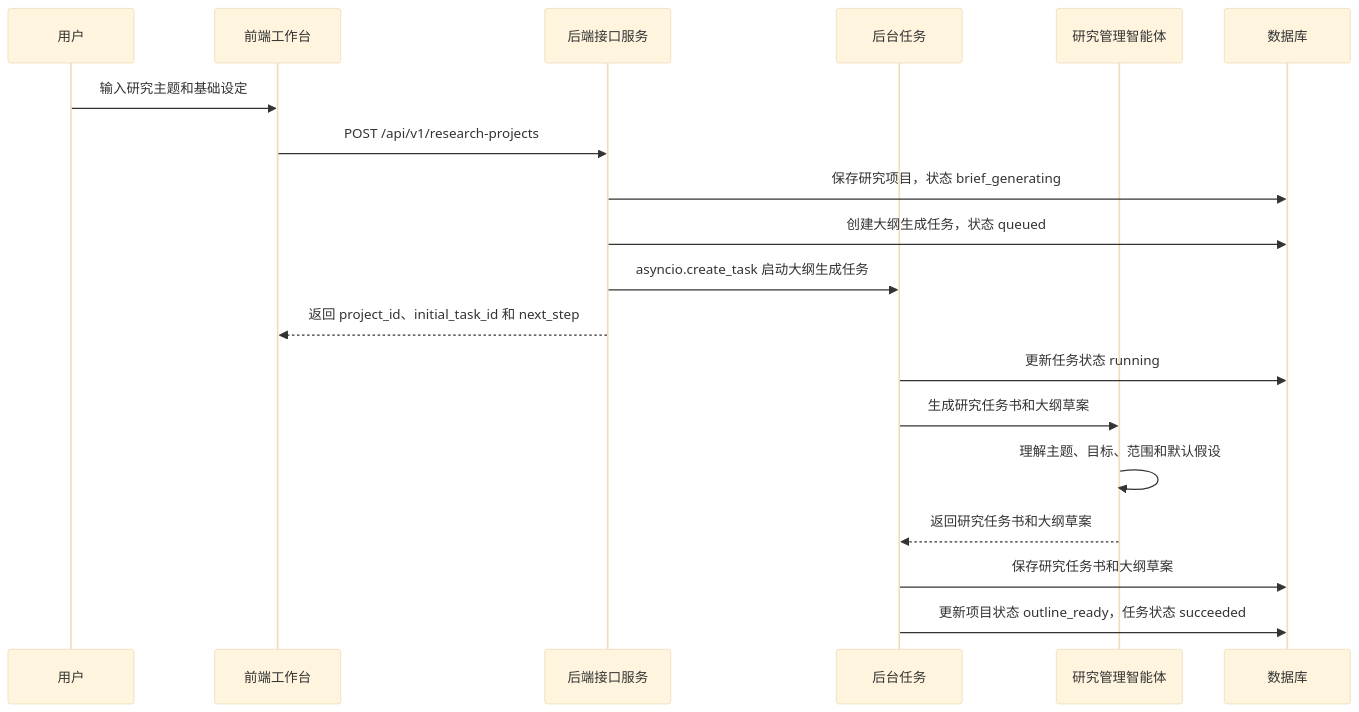
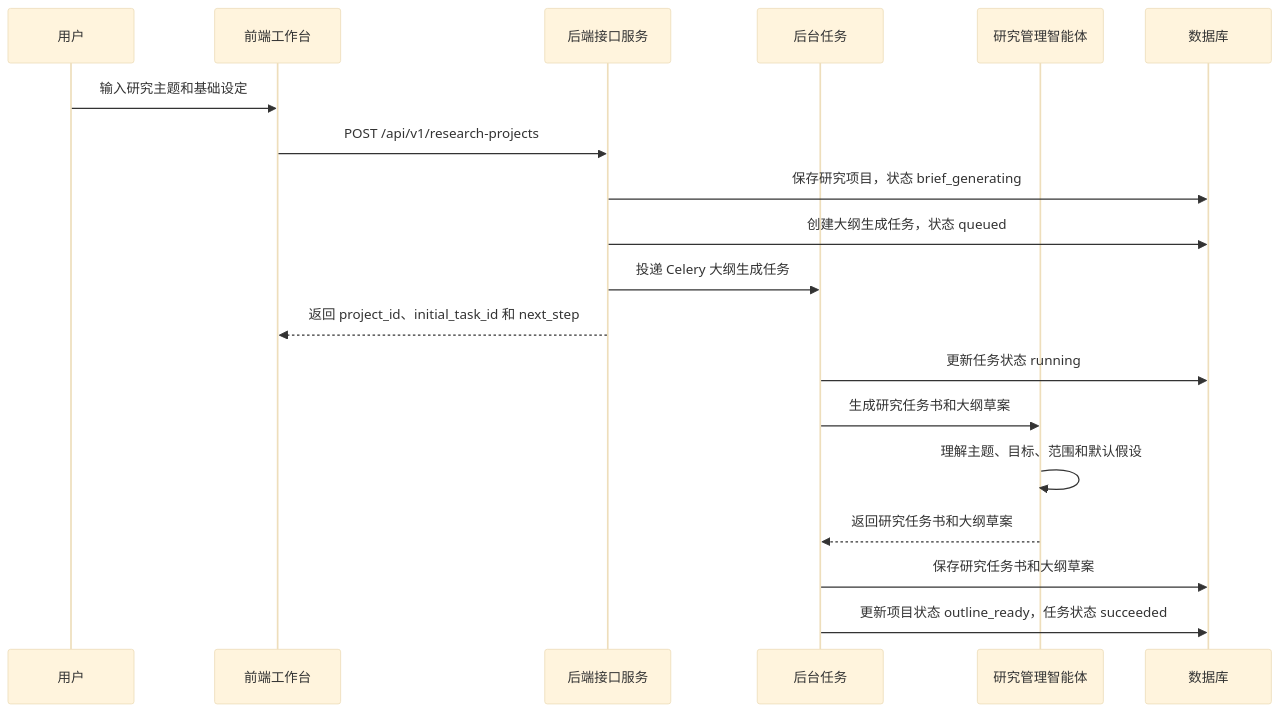
One commit to JxKim/DeepResearch changed the second of 8 diagrams in 最终课件/01_项目概述与架构设计.md. Above: the diagram before and after it, drawn with Mermaid. The commit also changed other lines of this file and 28 other files, not shown here.

````diff
--- a/最终课件/01_项目概述与架构设计.md
+++ b/最终课件/01_项目概述与架构设计.md
@@ -167,25 +115,25 @@
 ```mermaid
 %%{init: {'theme': 'base', 'themeVariables': { 'fontSize': '16px'}}}%%
 sequenceDiagram
 
     participant 用户
     participant 前端工作台
     participant 后端接口服务
     participant 后台任务
     participant 研究管理智能体
     participant 数据库
 
     用户->>前端工作台: 输入研究主题和基础设定
     前端工作台->>后端接口服务: POST /api/v1/research-projects
     后端接口服务->>数据库: 保存研究项目，状态 brief_generating
     后端接口服务->>数据库: 创建大纲生成任务，状态 queued
-    后端接口服务->>后台任务: asyncio.create_task 启动大纲生成任务
+    后端接口服务->>后台任务: 投递 Celery 大纲生成任务
     后端接口服务-->>前端工作台: 返回 project_id、initial_task_id 和 next_step
 
     后台任务->>数据库: 更新任务状态 running
     后台任务->>研究管理智能体: 生成研究任务书和大纲草案
     研究管理智能体->>研究管理智能体: 理解主题、目标、范围和默认假设
     研究管理智能体-->>后台任务: 返回研究任务书和大纲草案
     后台任务->>数据库: 保存研究任务书和大纲草案
     后台任务->>数据库: 更新项目状态 outline_ready，任务状态 succeeded
 ```
````
